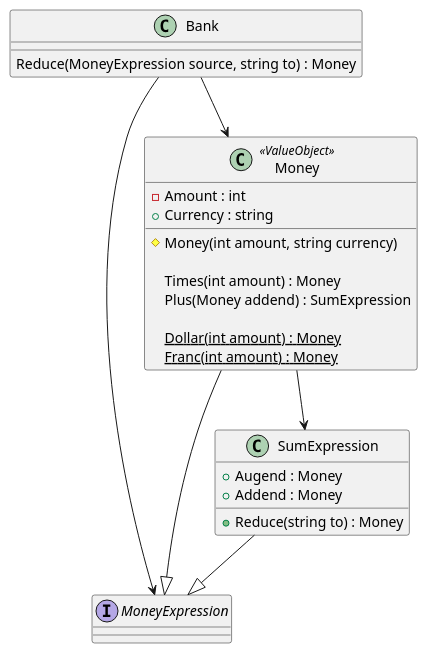
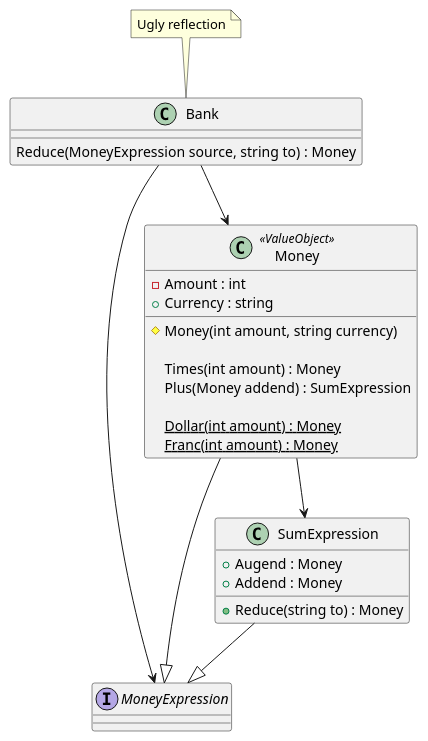
Before and after one commit to RicardoGuzmanVelasco/KentBeck.TDDByExample: the diagram in Documentation/Classes.puml, drawn with PlantUML.

Commit message:
16 | Bank Money Reduction | Documentation

```diff
--- a/Documentation/Classes.puml
+++ b/Documentation/Classes.puml
@@ -1,36 +1,37 @@
 @startuml
 
 interface MoneyExpression 
 
 class Money <<ValueObject>>
 {
     -Amount : int
     +Currency : string
     
     #Money(int amount, string currency)
     
     Times(int amount) : Money
     Plus(Money addend) : SumExpression
     
     {static} Dollar(int amount) : Money
     {static} Franc(int amount) : Money
 }
 Money --|> MoneyExpression
 Money --> SumExpression
 
 class SumExpression
 {
     +Augend : Money
     +Addend : Money
     
     +Reduce(string to) : Money
 }
 SumExpression --|> MoneyExpression
 
 class Bank
 {
     Reduce(MoneyExpression source, string to) : Money
 }
 Bank --> MoneyExpression
 Bank --> Money
+note top of Bank : Ugly reflection
 @enduml
```
